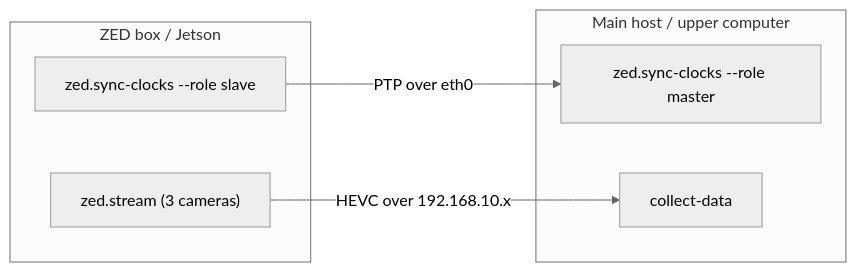
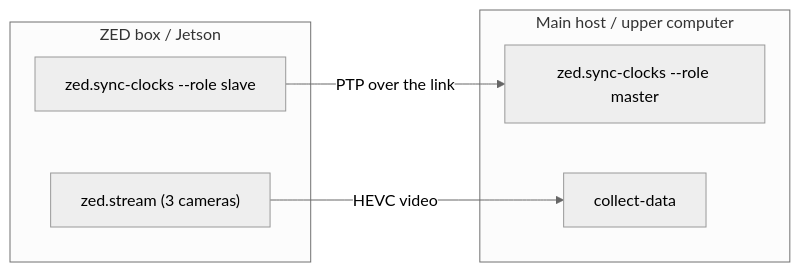
Before and after one commit to almond-bot/axol: the diagram in docs/quickstart/data-collection.mdx, drawn with Mermaid (neutral theme). The commit also changed other lines of this file and 5 other files, not shown here.

````diff
--- a/docs/quickstart/data-collection.mdx
+++ b/docs/quickstart/data-collection.mdx
@@ -13,13 +13,13 @@
 ```mermaid
 flowchart LR
   subgraph zedbox [ZED box / Jetson]
     slave["zed.sync-clocks --role slave"]
     stream["zed.stream (3 cameras)"]
   end
   subgraph mainhost [Main host / upper computer]
     master["zed.sync-clocks --role master"]
     proc["collect-data"]
   end
-  slave -->|PTP over eth0| master
-  stream -->|HEVC over 192.168.10.x| proc
+  slave -->|PTP over the link| master
+  stream -->|HEVC video| proc
 ```
````
